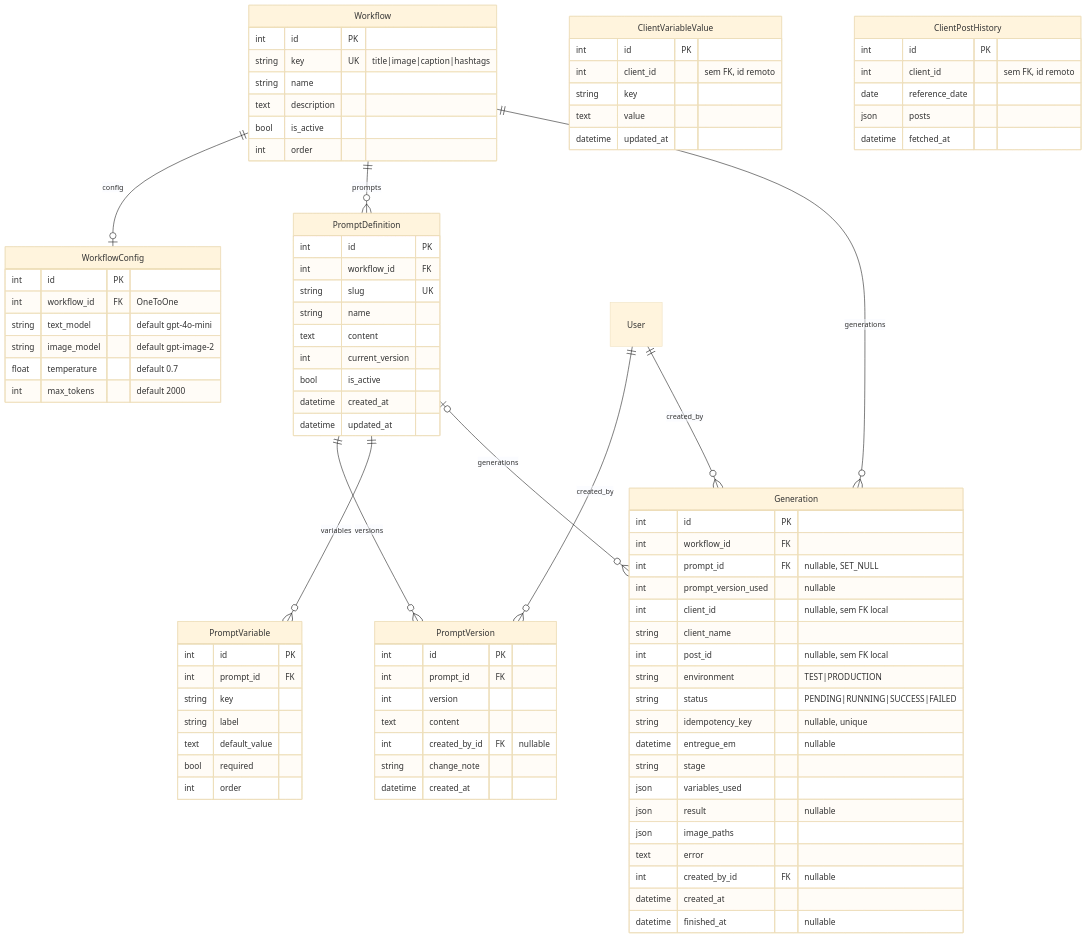
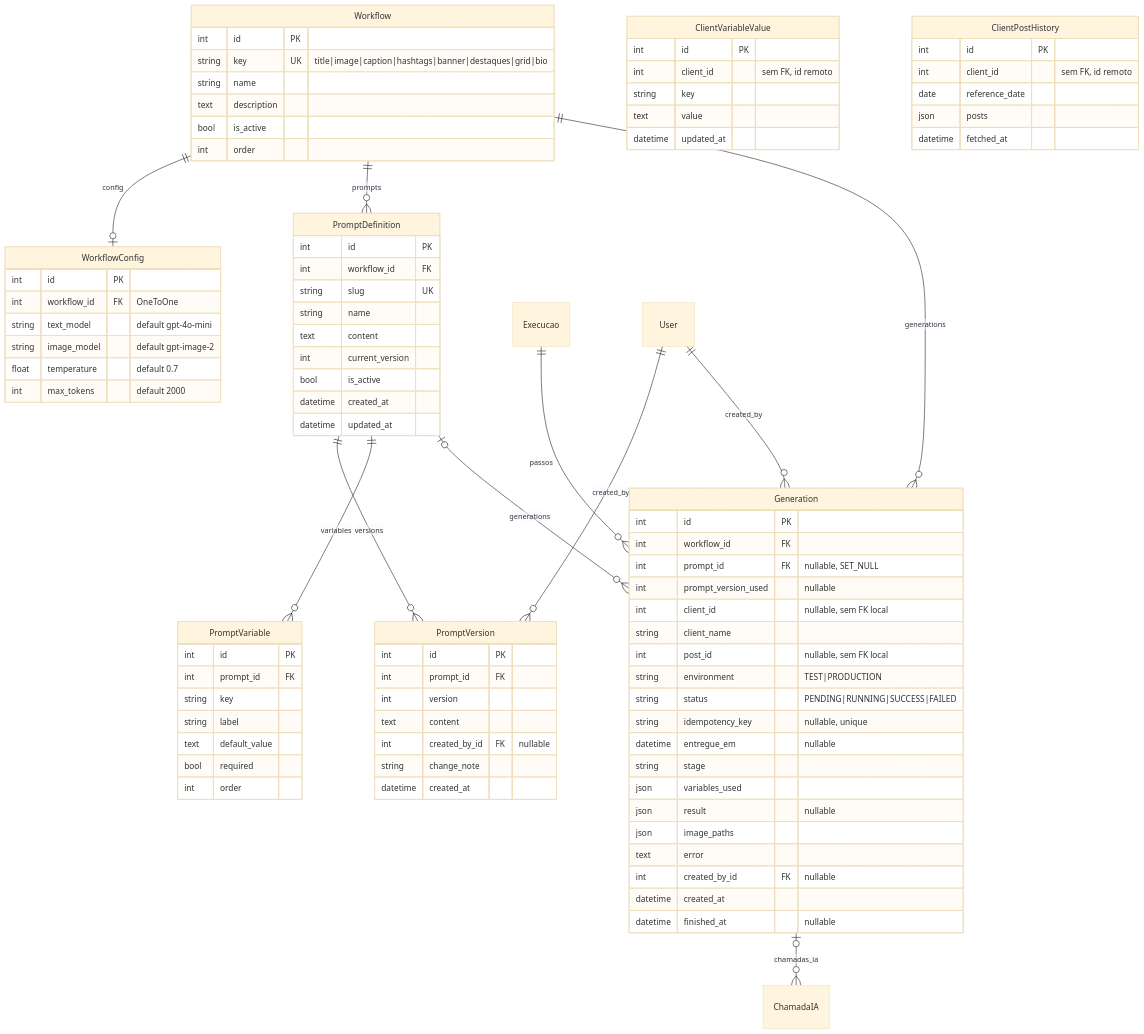
One commit to aliverso01/mintlify-docs changed the diagram in miggoai/modelo-de-dados.mdx. Above: the diagram before and after it, drawn with Mermaid (base theme). The commit also changed other lines of this file and 13 other files, not shown here.

```diff
--- a/miggoai/modelo-de-dados.mdx
+++ b/miggoai/modelo-de-dados.mdx
@@ -20,12 +20,14 @@
     PromptDefinition ||--o{ PromptVariable : "variables"
     Workflow ||--o{ Generation : "generations"
     PromptDefinition |o--o{ Generation : "generations"
+    Execucao ||--o{ Generation : "passos"
+    Generation |o--o{ ChamadaIA : "chamadas_ia"
     User ||--o{ PromptVersion : "created_by"
     User ||--o{ Generation : "created_by"
 
     Workflow {
         int id PK
-        string key UK "title|image|caption|hashtags"
+        string key UK "title|image|caption|hashtags|banner|destaques|grid|bio"
         string name
         text description
         bool is_active
```
